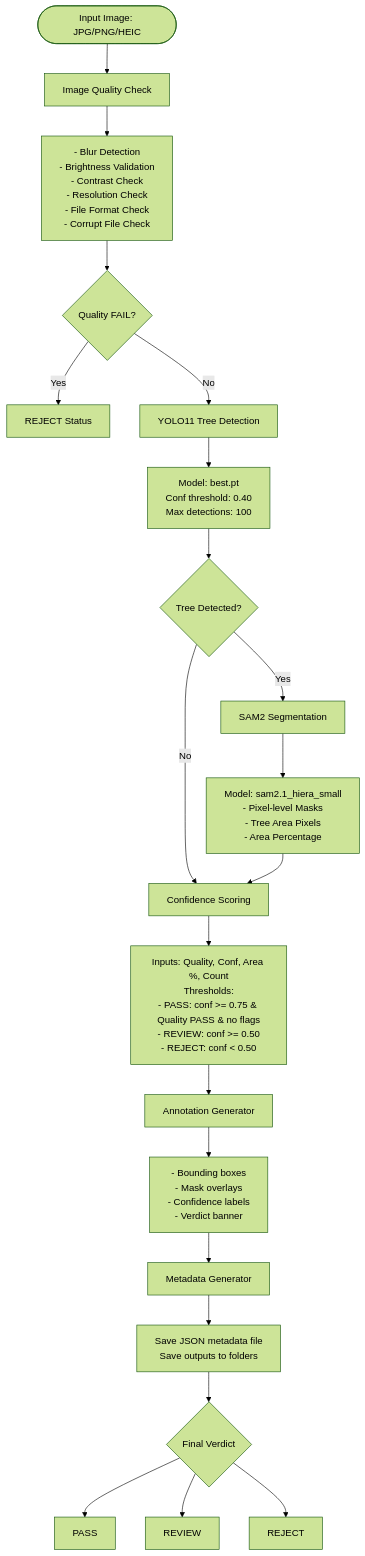
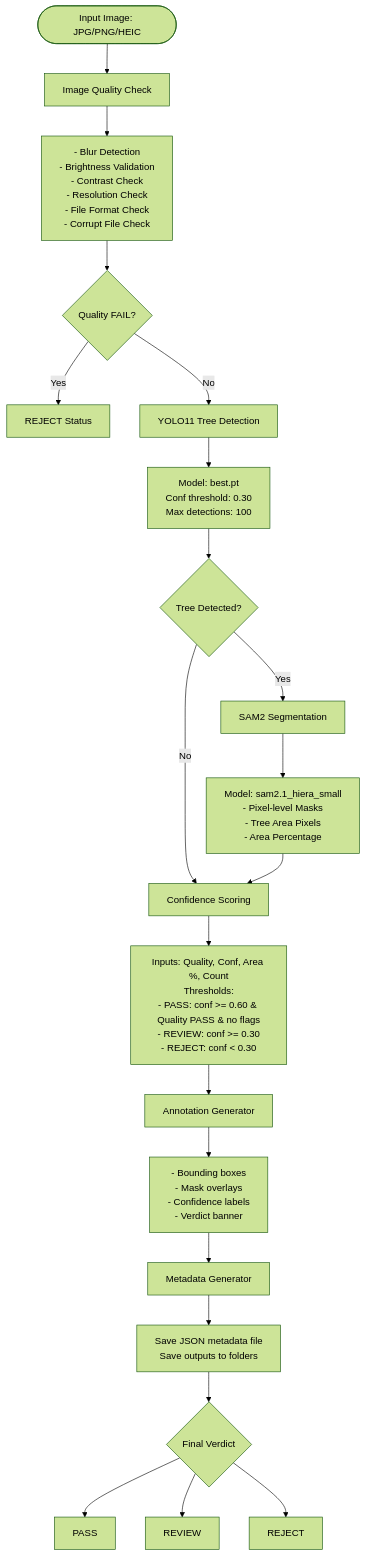
Before and after one commit to nirajkumardangi/tree-detection-localization: the third of 3 diagrams in README.md, drawn with Mermaid (forest theme). The commit also changed other lines of this file and 9 other files, not shown here.

````diff
--- a/README.md
+++ b/README.md
@@ -155,50 +161,50 @@
 ```mermaid
 flowchart TD
     Start([Input Image: JPG/PNG/HEIC]) --> QC[Image Quality Check]
     
     QC --> QC_Detail["- Blur Detection
 - Brightness Validation
 - Contrast Check
 - Resolution Check
 - File Format Check
 - Corrupt File Check"]
     QC_Detail --> Cond1{Quality FAIL?}
     
     Cond1 -- Yes --> RejectOut[REJECT Status]
     Cond1 -- No --> TD[YOLO11 Tree Detection]
     
     TD --> TD_Detail["Model: best.pt
-Conf threshold: 0.40
+Conf threshold: 0.30
 Max detections: 100"]
     TD_Detail --> Cond2{Tree Detected?}
     
     Cond2 -- No --> Scorer[Confidence Scoring]
     Cond2 -- Yes --> SAM[SAM2 Segmentation]
     
     SAM --> SAM_Detail["Model: sam2.1_hiera_small
 - Pixel-level Masks
 - Tree Area Pixels
 - Area Percentage"]
     SAM_Detail --> Scorer
     
     Scorer --> Scorer_Detail["Inputs: Quality, Conf, Area %, Count
 Thresholds:
-- PASS: conf >= 0.75 & Quality PASS & no flags
-- REVIEW: conf >= 0.50
-- REJECT: conf < 0.50"]
+- PASS: conf >= 0.60 & Quality PASS & no flags
+- REVIEW: conf >= 0.30
+- REJECT: conf < 0.30"]
     
     Scorer_Detail --> Annotator[Annotation Generator]
     Annotator --> Annotator_Detail["- Bounding boxes
 - Mask overlays
 - Confidence labels
 - Verdict banner"]
     
     Annotator_Detail --> MetaGen[Metadata Generator]
     MetaGen --> MetaGen_Detail["Save JSON metadata file
 Save outputs to folders"]
     
     MetaGen_Detail --> Verdict{Final Verdict}
     Verdict --> PASS[PASS]
     Verdict --> REVIEW[REVIEW]
     Verdict --> REJECT[REJECT]
 ```
````
